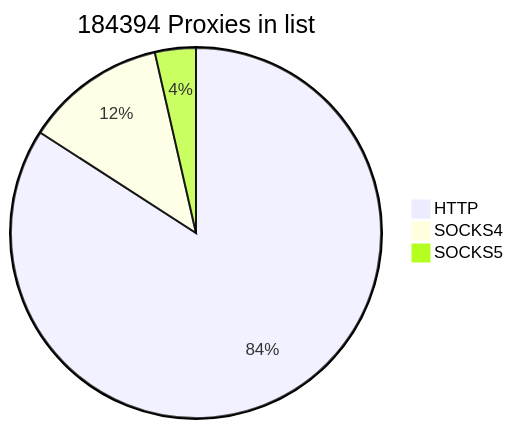
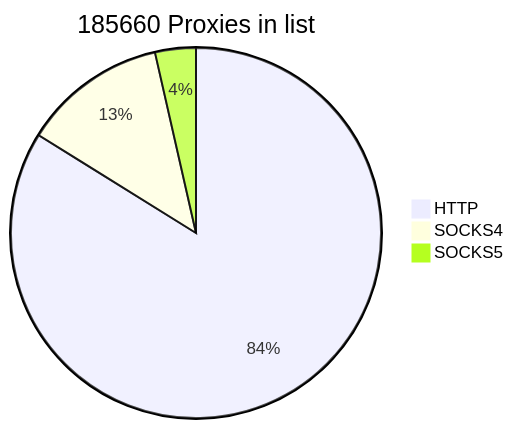
One commit to cutipu/proxylist changed the first of 2 diagrams in README.md. Above: the diagram before and after it, drawn with Mermaid. The commit also changed other lines of this file, not shown here.

````diff
--- a/README.md
+++ b/README.md
@@ -2,7 +2,7 @@
 ```mermaid
-pie title 184394 Proxies in list
-    "HTTP" : 155107
-    "SOCKS4" : 22701
-    "SOCKS5" : 6586
+pie title 185660 Proxies in list
+    "HTTP" : 155688
+    "SOCKS4" : 23369
+    "SOCKS5" : 6603
             
 ```
````
